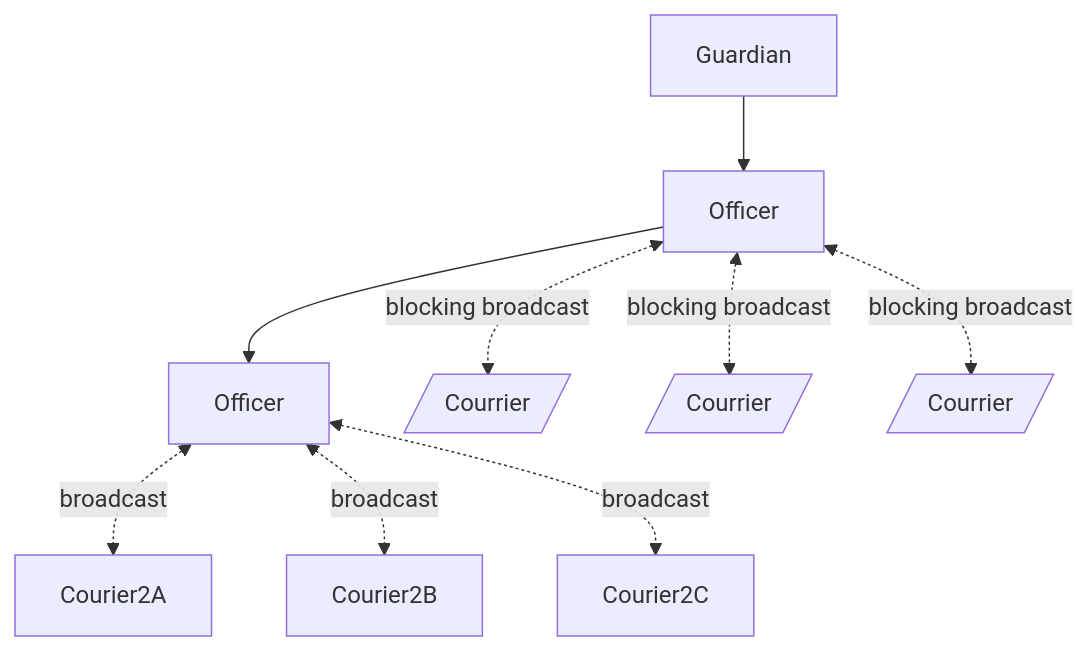
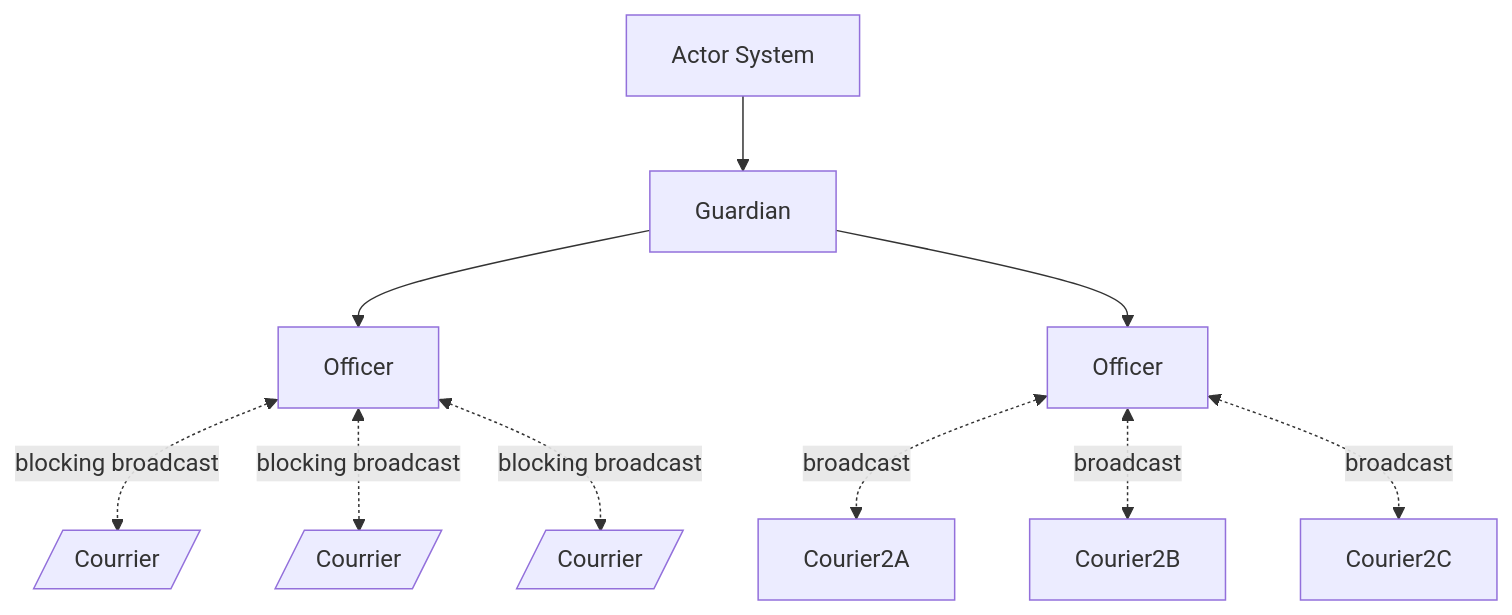
One commit to professor-greebie/sids changed the diagram in architecture/emmisary.md. Above: the diagram before and after it, drawn with Mermaid. The commit also changed other lines of this file and 10 other files, not shown here.

````diff
--- a/architecture/emmisary.md
+++ b/architecture/emmisary.md
@@ -15,16 +15,18 @@
 ```mermaid
 
 flowchart TD
+    ActorSystem["Actor System"]
     Guardian["Guardian"]
     Office1["Officer"]
     Office2["Officer"]
-    Guardian --> Office1 --> Office2
+    ActorSystem --> Guardian
+    Guardian --> Office1 & Office2
 
     Courier1A[/"Courrier"/]
     Courier1B[/"Courrier"/]
     Courier1C[/"Courrier"/]
     Office1 <-.blocking broadcast-.-> Courier1A & Courier1B & Courier1C
     Office2 <-.broadcast-.-> Courier2A & Courier2B & Courier2C
 
 
 ```
````
